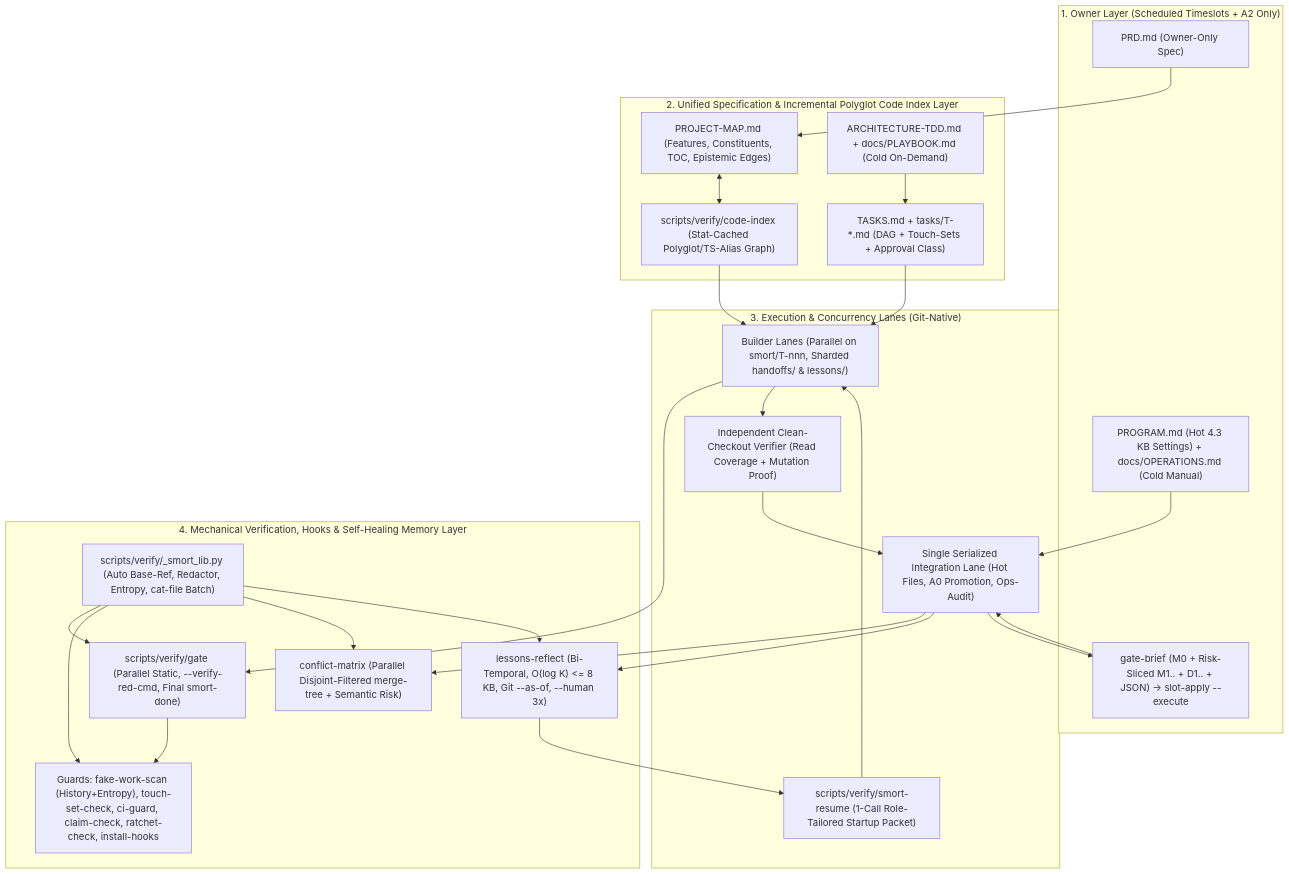
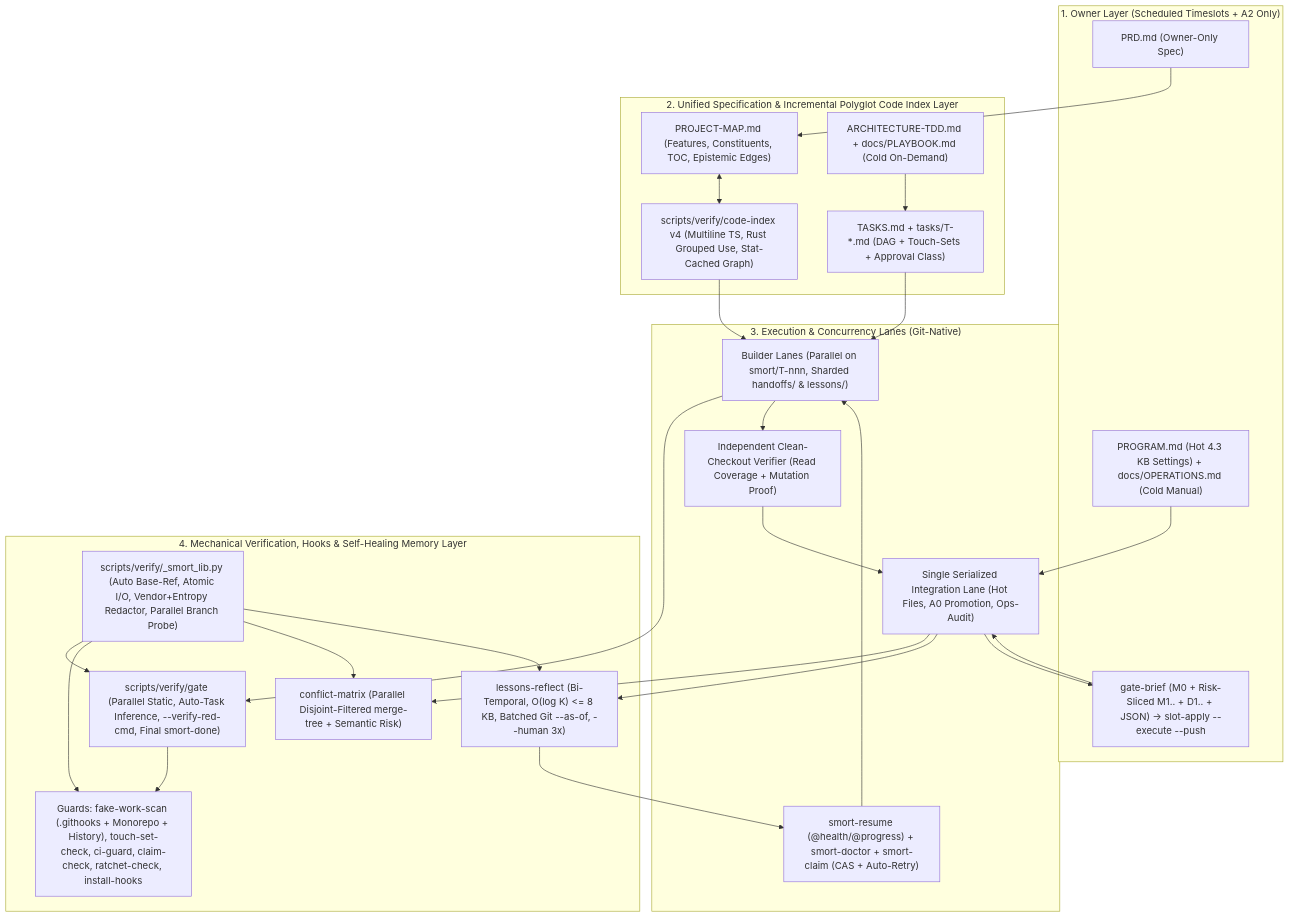
The first of 3 diagrams in README.md (smolboon/smort), drawn with Mermaid before and after one commit. The commit also changed other lines of this file and 3 other files, not shown here.

Commit message:
feat(smort): release smort v8 (2026-11-25.v12) with 34 artifacts, smort-claim, smort-doctor, code-index v4 & 18-suite CI

````diff
--- a/README.md
+++ b/README.md
@@ -164,51 +166,51 @@
 ```mermaid
 flowchart TD
     subgraph OWNER["1. Owner Layer (Scheduled Timeslots + A2 Only)"]
         O1["PRD.md (Owner-Only Spec)"]
         O2["PROGRAM.md (Hot 4.3 KB Settings) + docs/OPERATIONS.md (Cold Manual)"]
-        O3["gate-brief (M0 + Risk-Sliced M1.. + D1.. + JSON) -> slot-apply --execute"]
+        O3["gate-brief (M0 + Risk-Sliced M1.. + D1.. + JSON) -> slot-apply --execute --push"]
     end
 
     subgraph INDEX["2. Unified Specification & Incremental Polyglot Code Index Layer"]
         I1["PROJECT-MAP.md (Features, Constituents, TOC, Epistemic Edges)"]
         I2["ARCHITECTURE-TDD.md + docs/PLAYBOOK.md (Cold On-Demand)"]
-        I3["scripts/verify/code-index (Stat-Cached Polyglot/TS-Alias Graph)"]
+        I3["scripts/verify/code-index v4 (Multiline TS, Rust Grouped Use, Stat-Cached Graph)"]
         I4["TASKS.md + tasks/T-*.md (DAG + Touch-Sets + Approval Class)"]
     end
 
     subgraph EXEC["3. Execution & Concurrency Lanes (Git-Native)"]
-        E0["scripts/verify/smort-resume (1-Call Role-Tailored Startup Packet)"]
+        E0["smort-resume (@health/@progress) + smort-doctor + smort-claim (CAS + Auto-Retry)"]
         E1["Builder Lanes (Parallel on smort/T-nnn, Sharded handoffs/ & lessons/)"]
         E2["Independent Clean-Checkout Verifier (Read Coverage + Mutation Proof)"]
         E3["Single Serialized Integration Lane (Hot Files, A0 Promotion, Ops-Audit)"]
     end
 
     subgraph GATES["4. Mechanical Verification, Hooks & Self-Healing Memory Layer"]
-        G0["scripts/verify/_smort_lib.py (Auto Base-Ref, Redactor, Entropy, cat-file Batch)"]
-        G1["scripts/verify/gate (Parallel Static, --verify-red-cmd, Final smort-done)"]
-        G2["Guards: fake-work-scan (History+Entropy), touch-set-check, ci-guard, claim-check, ratchet-check, install-hooks"]
+        G0["scripts/verify/_smort_lib.py (Auto Base-Ref, Atomic I/O, Vendor+Entropy Redactor, Parallel Branch Probe)"]
+        G1["scripts/verify/gate (Parallel Static, Auto-Task Inference, --verify-red-cmd, Final smort-done)"]
+        G2["Guards: fake-work-scan (.githooks + Monorepo + History), touch-set-check, ci-guard, claim-check, ratchet-check, install-hooks"]
         G3["conflict-matrix (Parallel Disjoint-Filtered merge-tree + Semantic Risk)"]
-        G4["lessons-reflect (Bi-Temporal, O(log K) <= 8 KB, Git --as-of, --human 3x)"]
+        G4["lessons-reflect (Bi-Temporal, O(log K) <= 8 KB, Batched Git --as-of, --human 3x)"]
     end
 
     O1 --> I1
     O2 --> E3
     I1 <--> I3
     I2 --> I4
     E0 --> E1
     I4 --> E1
     I3 --> E1
     G0 --> G1
     G0 --> G2
     G0 --> G3
     G0 --> G4
     E1 --> G1
     G1 --> G2
     E1 --> E2
     E2 --> E3
     E3 --> G3
     E3 --> G4
     G4 --> E0
     E3 --> O3
     O3 --> E3
 ```
````
